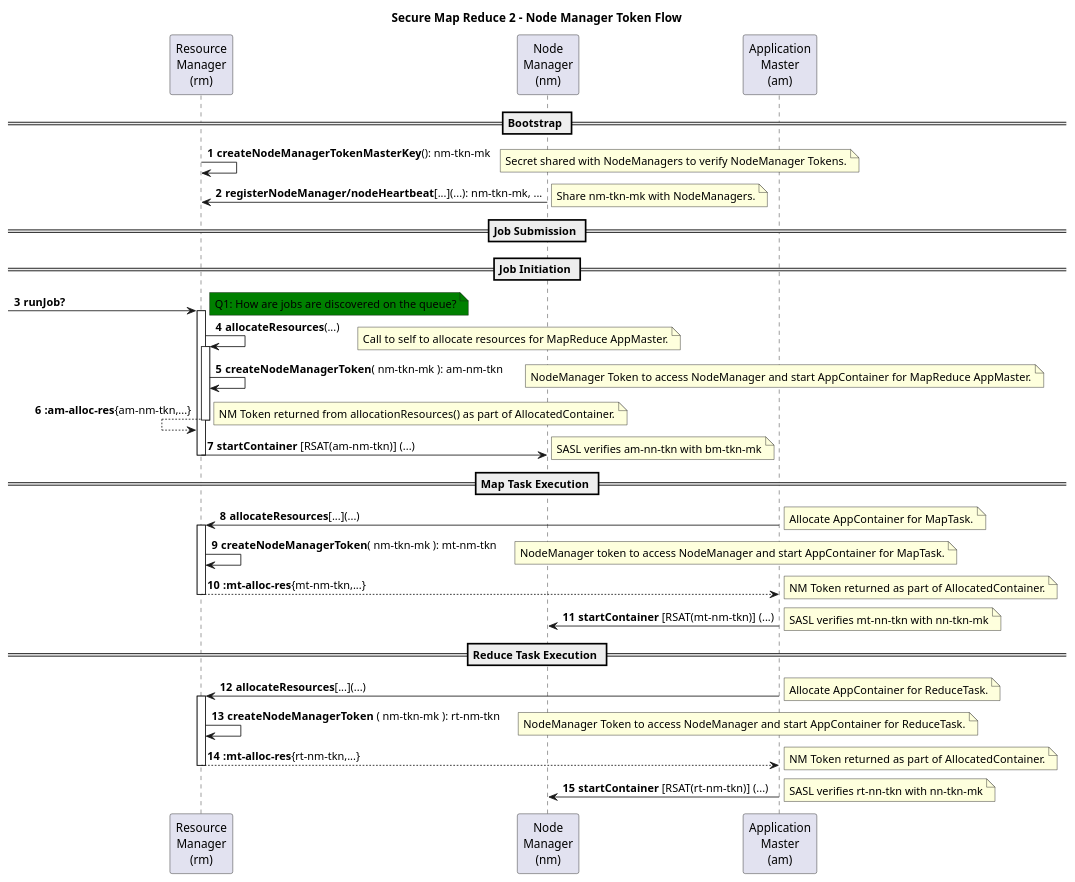
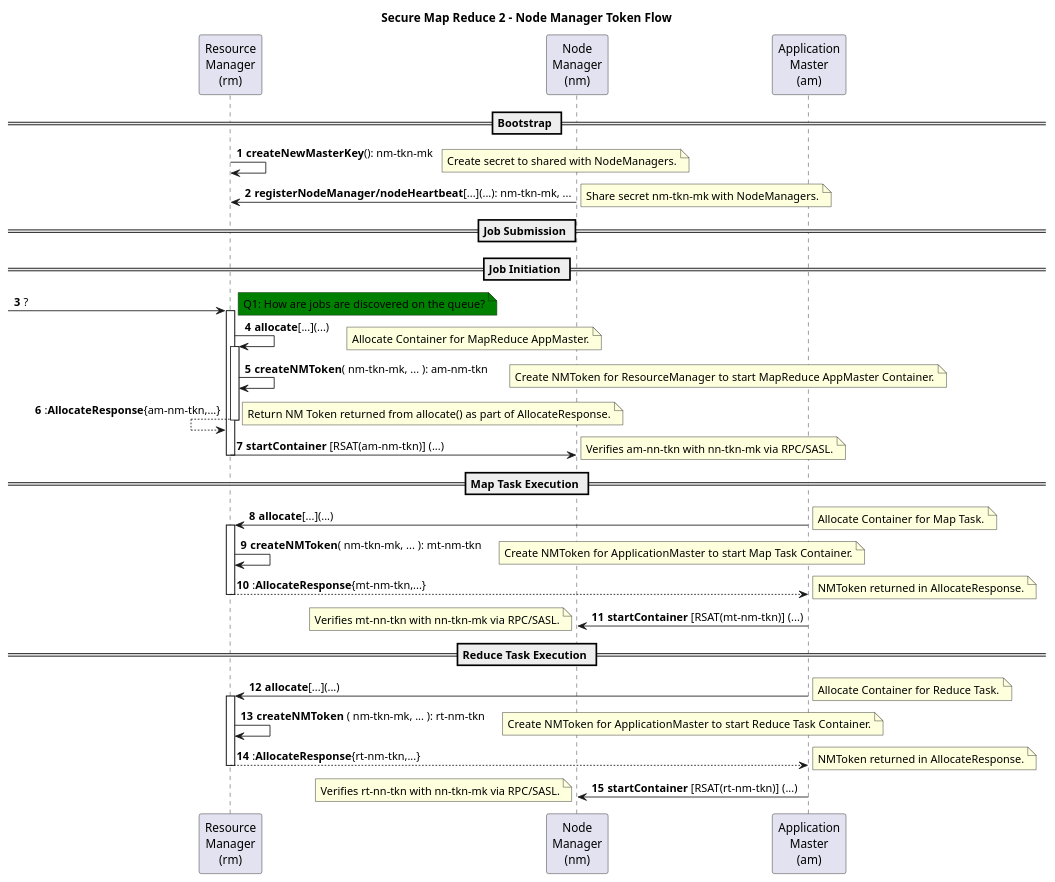
The diagram in hadoop/src/mr2/secure-mapreduce2-09-nm-tkn.puml (kminder/puml), drawn with PlantUML before and after one commit. The commit also changed 3 other files, not shown here.

Commit message:
Correct launching and several token diagrams.

```diff
--- a/hadoop/src/mr2/secure-mapreduce2-09-nm-tkn.puml
+++ b/hadoop/src/mr2/secure-mapreduce2-09-nm-tkn.puml
@@ -1,100 +1,117 @@
 @startuml
 title Secure Map Reduce 2 - Node Manager Token Flow
 autonumber
 'hide footbox
 
 'participant "Client\n(c)" as C
 participant "Resource\nManager\n(rm)" as RM
 'participant "History\nServer\n(hs)" as HS
 participant "Node\nManager\n(nm)" as NM
 'participant "Shuffle\nHandler\n(ss)" as SS
 participant "Application\nMaster\n(am)" as AM
 'participant "Client\nService\n(cs)" as CS
 'participant "Application\nContainer\n(ac)" as AC #red
 'participant "Task\n(t)" as T #orange
 'participant "File\nSystem\n(fs)" as FS
 'participant "Name\nNode\n(nn)" as NN
 'participant "Data\nNode\n(dn)" as DN
 'participant "Kerberos\nKDC" as KDC
 
 'note over C,KDC #green: QUESTION ?
 
 == Bootstrap ==
 
 '1
-RM->RM:<b>createNodeManagerTokenMasterKey</b>(): nm-tkn-mk
-  note right: Secret shared with NodeManagers to verify NodeManager Tokens.
+'BaseNMTokenSecretManager.createNewMasterKey
+RM->RM:<b>createNewMasterKey</b>(): nm-tkn-mk
+  note right: Create secret to shared with NodeManagers.
 
 '2
+'ResourceTrackerService.registerNodeManager/nodeHeartbeat
 NM->RM:<b>registerNodeManager/nodeHeartbeat</b>[...](...): nm-tkn-mk, ...
-  note right: Share nm-tkn-mk with NodeManagers.
+  note right: Share secret nm-tkn-mk with NodeManagers.
 
 == Job Submission ==
 
 == Job Initiation ==
 
 '3
-[->RM: <b>runJob?
+[->RM: ?
   note right #green: Q1: How are jobs are discovered on the queue?
   activate RM
 
 '4
-RM->RM: <b>allocateResources</b>(...)
-  note right: Call to self to allocate resources for MapReduce AppMaster.
+'ApplicationMasterService.allocate
+RM->RM: <b>allocate</b>[...](...)
+  note right: Allocate Container for MapReduce AppMaster.
   activate RM
 
 '5
-RM->RM: <b>createNodeManagerToken</b>( nm-tkn-mk ): am-nm-tkn
-  note right: NodeManager Token to access NodeManager and start AppContainer for MapReduce AppMaster.
+'NMTokenSecretManagerInRM.getNMTokens
+'NMTokenSecretManagerInRM.createNMToken
+RM->RM: <b>createNMToken</b>( nm-tkn-mk, ... ): am-nm-tkn
+  note right: Create NMToken for ResourceManager to start MapReduce AppMaster Container.
 
 '6
-RM<--RM: <b>:am-alloc-res</b>{am-nm-tkn,...}
-  note right: NM Token returned from allocationResources() as part of AllocatedContainer.
+RM<--RM: :<b>AllocateResponse</b>{am-nm-tkn,...}
+  note right: Return NM Token returned from allocate() as part of AllocateResponse.
   deactivate RM
 
 '7
+'NMClientImpl.startContainer
+'ContainerManagerImpl.startContainer
 RM->NM: <b>startContainer</b> [RSAT(am-nm-tkn)] (...)
-  note right: SASL verifies am-nn-tkn with bm-tkn-mk
+  note right: Verifies am-nn-tkn with nn-tkn-mk via RPC/SASL.
   deactivate RM
 
 == Map Task Execution ==
 
 '8
-AM->RM: <b>allocateResources</b>[...](...)
-  note right: Allocate AppContainer for MapTask.
+'ApplicationMasterService.allocate
+AM->RM: <b>allocate</b>[...](...)
+  note right: Allocate Container for Map Task.
   activate RM
 
 '9
-RM->RM: <b>createNodeManagerToken</b>( nm-tkn-mk ): mt-nm-tkn
-  note right: NodeManager token to access NodeManager and start AppContainer for MapTask.
+'NMTokenSecretManagerInRM.getNMTokens
+'NMTokenSecretManagerInRM.createNMToken
+RM->RM: <b>createNMToken</b>( nm-tkn-mk, ... ): mt-nm-tkn
+  note right: Create NMToken for ApplicationMaster to start Map Task Container.
 
 '10
-AM<--RM: <b>:mt-alloc-res</b>{mt-nm-tkn,...}
-  note right: NM Token returned as part of AllocatedContainer.
+AM<--RM: :<b>AllocateResponse</b>{mt-nm-tkn,...}
+  note right: NMToken returned in AllocateResponse.
   deactivate RM
 
 '11
+'NMClientImpl.startContainer
+'ContainerManagerImpl.startContainer
 AM->NM: <b>startContainer</b> [RSAT(mt-nm-tkn)] (...)
-  note right: SASL verifies mt-nn-tkn with nn-tkn-mk
+  note left: Verifies mt-nn-tkn with nn-tkn-mk via RPC/SASL.
 
 == Reduce Task Execution ==
 
 '12
-AM->RM: <b>allocateResources</b>[...](...)
-  note right: Allocate AppContainer for ReduceTask.
+'ApplicationMasterService.allocate
+AM->RM: <b>allocate</b>[...](...)
+  note right: Allocate Container for Reduce Task.
   activate RM
 
 '13
-RM->RM: <b>createNodeManagerToken</b> ( nm-tkn-mk ): rt-nm-tkn
-  note right: NodeManager Token to access NodeManager and start AppContainer for ReduceTask.
+'NMTokenSecretManagerInRM.getNMTokens
+'NMTokenSecretManagerInRM.createNMToken
+RM->RM: <b>createNMToken</b> ( nm-tkn-mk, ... ): rt-nm-tkn
+  note right: Create NMToken for ApplicationMaster to start Reduce Task Container.
 
 '14
-AM<--RM: <b>:mt-alloc-res</b>{rt-nm-tkn,...}
-  note right: NM Token returned as part of AllocatedContainer.
+AM<--RM: :<b>AllocateResponse</b>{rt-nm-tkn,...}
+  note right: NMToken returned in AllocateResponse.
   deactivate RM
 
 '15
+'NMClientImpl.startContainer
+'ContainerManagerImpl.startContainer
 AM->NM: <b>startContainer</b> [RSAT(rt-nm-tkn)] (...)
-  note right: SASL verifies rt-nn-tkn with nn-tkn-mk
+  note left: Verifies rt-nn-tkn with nn-tkn-mk via RPC/SASL.
 
 @enduml
```
